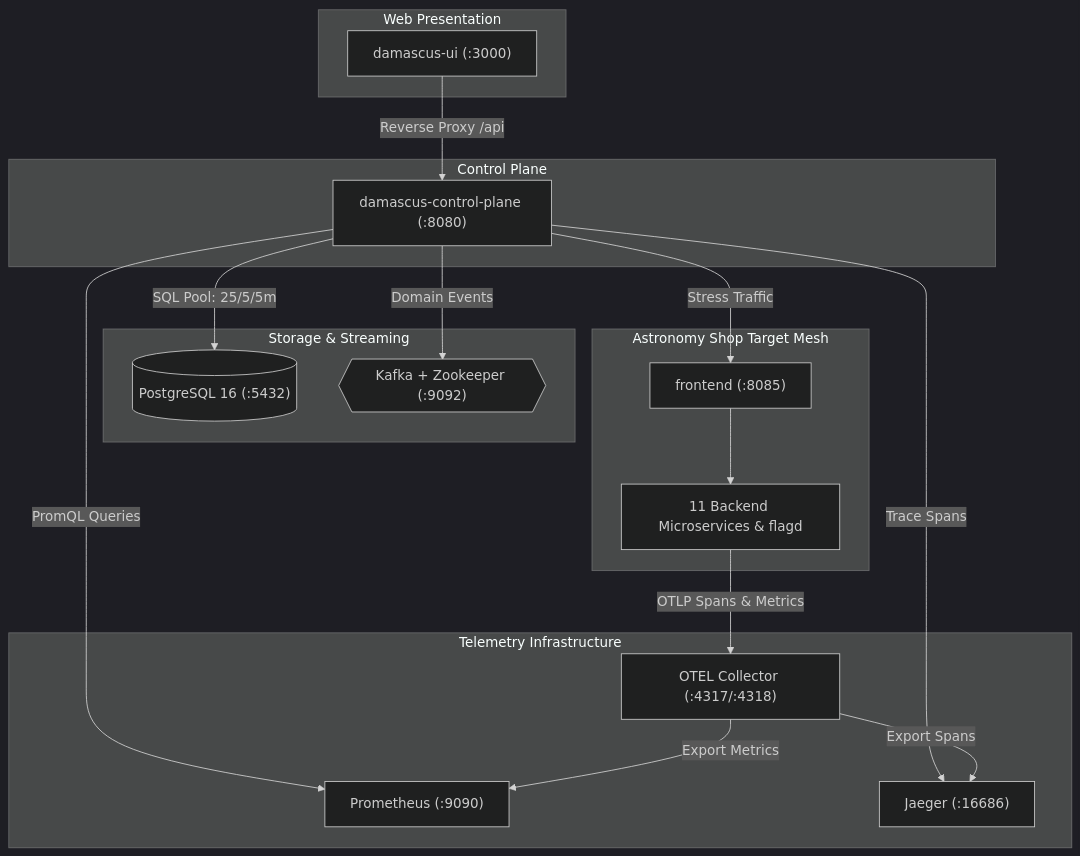
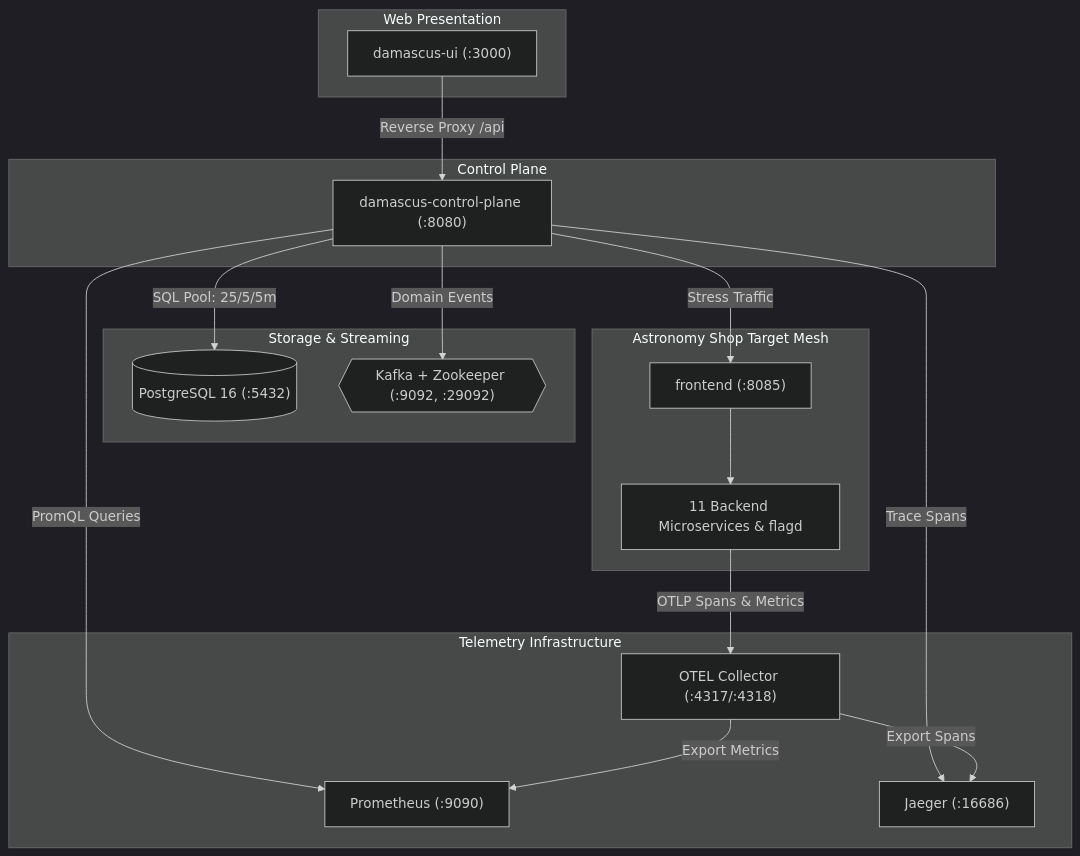
The second of 2 diagrams in docs/ARCHITECTURE.md (drumilbhati/damascus), drawn with Mermaid (dark theme) before and after one commit. The commit also changed other lines of this file and 7 other files, not shown here.

````diff
--- a/docs/ARCHITECTURE.md
+++ b/docs/ARCHITECTURE.md
@@ -198,37 +198,37 @@
 ```mermaid
 flowchart TD
     subgraph UI["Web Presentation"]
         D_UI["damascus-ui (:3000)"]
     end
 
     subgraph ControlPlane["Control Plane"]
         D_CP["damascus-control-plane (:8080)"]
     end
 
     subgraph Backends["Storage & Streaming"]
         PG[("PostgreSQL 16 (:5432)")]
-        KAFKA{{"Kafka + Zookeeper (:9092)"}}
+        KAFKA{{"Kafka + Zookeeper (:9092, :29092)"}}
     end
 
     subgraph Observability["Telemetry Infrastructure"]
         PROM["Prometheus (:9090)"]
         JAEGER["Jaeger (:16686)"]
         OTEL["OTEL Collector (:4317/:4318)"]
     end
 
     subgraph TargetMesh["Astronomy Shop Target Mesh"]
         FE["frontend (:8085)"]
         SERVICES["11 Backend Microservices & flagd"]
     end
 
     D_UI -->|Reverse Proxy /api| D_CP
     D_CP -->|SQL Pool: 25/5/5m| PG
     D_CP -->|Domain Events| KAFKA
     D_CP -->|PromQL Queries| PROM
     D_CP -->|Trace Spans| JAEGER
     D_CP -->|Stress Traffic| FE
     FE --> SERVICES
     SERVICES -->|OTLP Spans & Metrics| OTEL
     OTEL -->|Export Spans| JAEGER
     OTEL -->|Export Metrics| PROM
 ```
````
